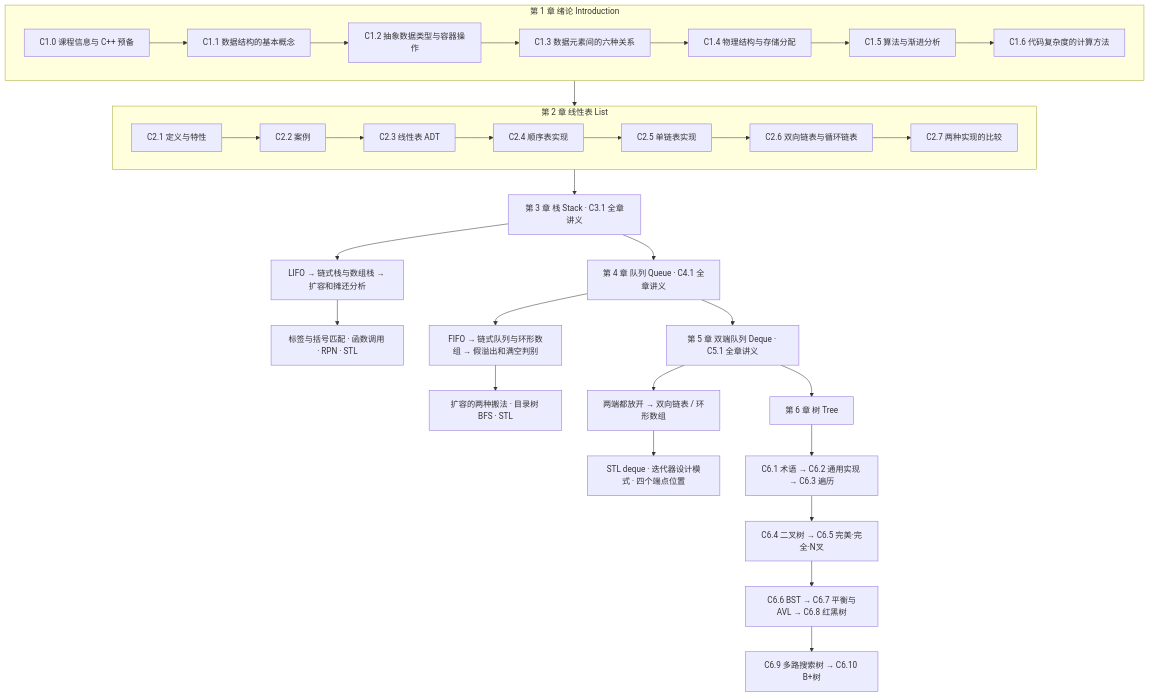
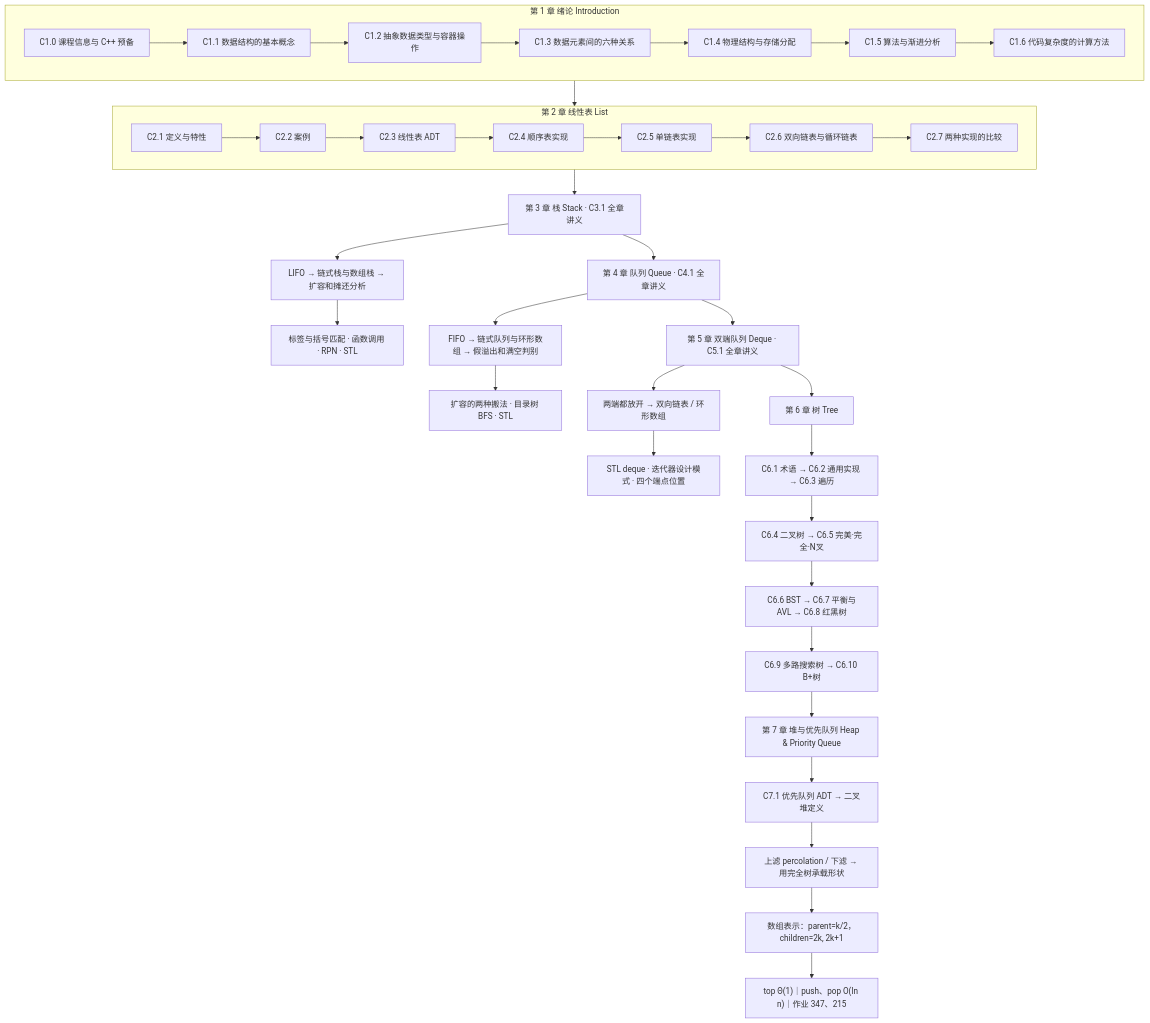
One commit to KayeAdams515/ClaudeNotes changed the diagram in 数据结构/数据结构 MOC.md. Above: the diagram before and after it, drawn with Mermaid. The commit also changed other lines of this file and 468 other files, not shown here.

````diff
--- a/数据结构/数据结构 MOC.md
+++ b/数据结构/数据结构 MOC.md
@@ -31,38 +31,43 @@
 ```mermaid
 flowchart TB
   subgraph CH1["第 1 章 绪论 Introduction"]
     A0["C1.0 课程信息与 C++ 预备"]
     A1["C1.1 数据结构的基本概念"]
     A2["C1.2 抽象数据类型与容器操作"]
     A3["C1.3 数据元素间的六种关系"]
     A4["C1.4 物理结构与存储分配"]
     A5["C1.5 算法与渐进分析"]
     A6["C1.6 代码复杂度的计算方法"]
     A0-->A1-->A2-->A3-->A4-->A5-->A6
   end
   subgraph CH2["第 2 章 线性表 List"]
     B1["C2.1 定义与特性"]
     B2["C2.2 案例"]
     B3["C2.3 线性表 ADT"]
     B4["C2.4 顺序表实现"]
     B5["C2.5 单链表实现"]
     B6["C2.6 双向链表与循环链表"]
     B7["C2.7 两种实现的比较"]
     B1-->B2-->B3-->B4-->B5-->B6-->B7
   end
   CH1 --> CH2
   CH2 --> CH3["第 3 章 栈 Stack · C3.1 全章讲义"]
   CH3 --> S1["LIFO → 链式栈与数组栈 → 扩容和摊还分析"]
   S1 --> S2["标签与括号匹配 · 函数调用 · RPN · STL"]
   CH3 --> CH4["第 4 章 队列 Queue · C4.1 全章讲义"]
   CH4 --> Q1["FIFO → 链式队列与环形数组 → 假溢出和满空判别"]
   Q1 --> Q2["扩容的两种搬法 · 目录树 BFS · STL"]
   CH4 --> CH5["第 5 章 双端队列 Deque · C5.1 全章讲义"]
   CH5 --> D1["两端都放开 → 双向链表 / 环形数组"]
   D1 --> D2["STL deque · 迭代器设计模式 · 四个端点位置"]
   CH5 --> CH6["第 6 章 树 Tree"]
   CH6 --> T1["C6.1 术语 → C6.2 通用实现 → C6.3 遍历"]
   T1 --> T2["C6.4 二叉树 → C6.5 完美·完全·N叉"]
   T2 --> T3["C6.6 BST → C6.7 平衡与AVL → C6.8 红黑树"]
   T3 --> T4["C6.9 多路搜索树 → C6.10 B+树"]
+  T4 --> CH7["第 7 章 堆与优先队列 Heap & Priority Queue"]
+  CH7 --> H1["C7.1 优先队列 ADT → 二叉堆定义"]
+  H1 --> H2["上滤 percolation / 下滤 → 用完全树承载形状"]
+  H2 --> H3["数组表示：parent=k/2，children=2k, 2k+1"]
+  H3 --> H4["top Θ(1)｜push、pop O(ln n)｜作业 347、215"]
 ```
````
